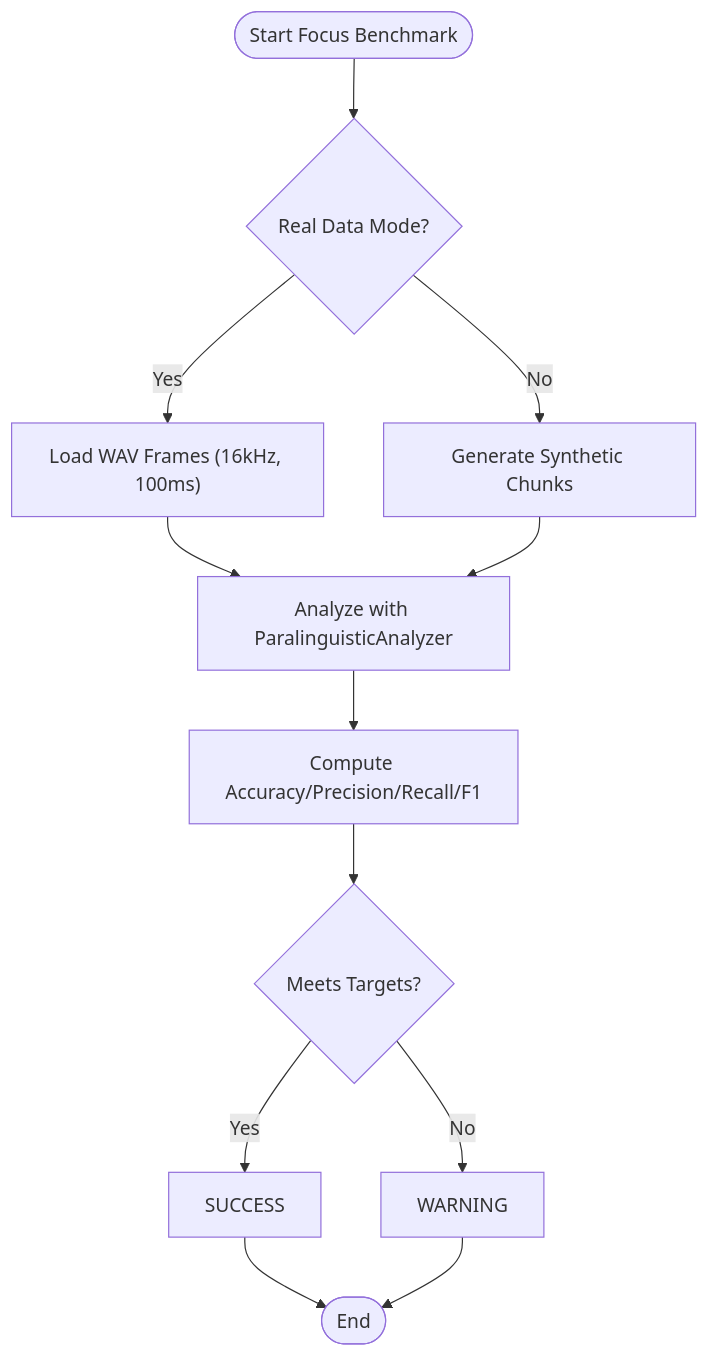
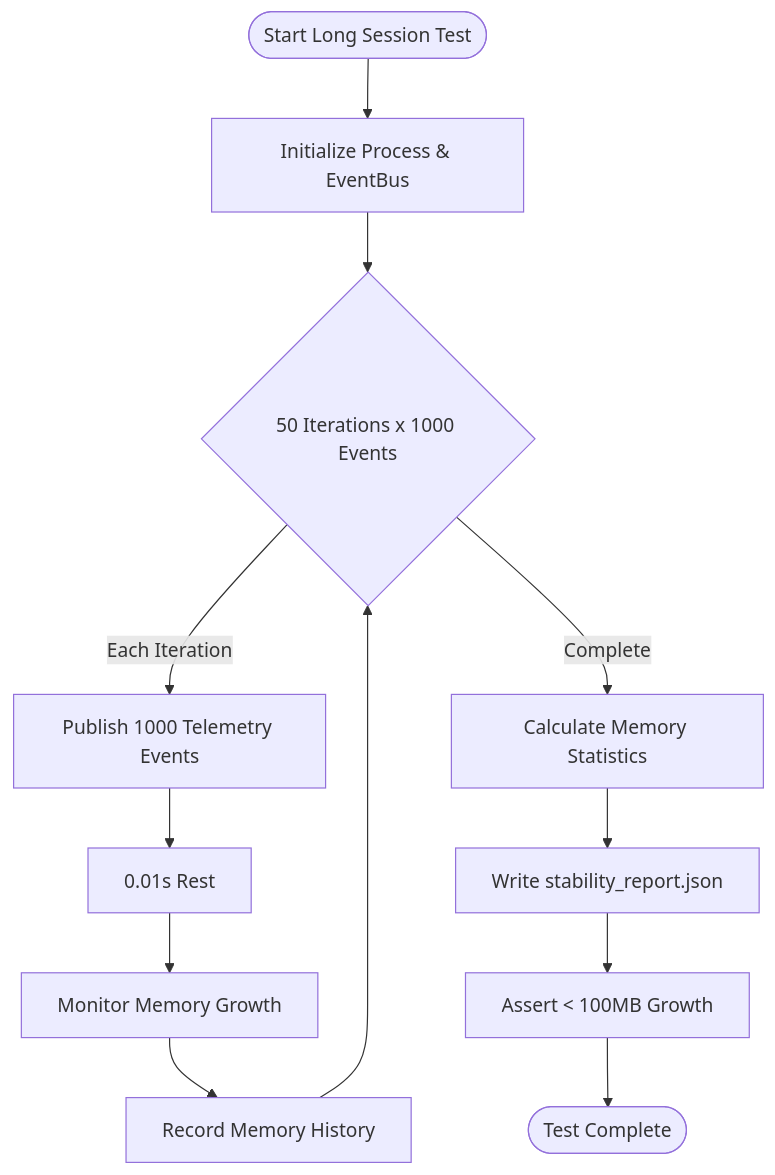
The fourth of 14 diagrams in .qoder/repowiki/en/content/Testing and Quality Assurance/Testing and Quality Assurance.md (Moeabdelaziz007/Aether-Voice-OS), drawn with Mermaid before and after one commit. The commit also changed other lines of this file and 29 other files, not shown here.

````diff
--- a/.qoder/repowiki/en/content/Testing and Quality Assurance/Testing and Quality Assurance.md
+++ b/.qoder/repowiki/en/content/Testing and Quality Assurance/Testing and Quality Assurance.md
@@ -256,14 +288,14 @@
 ```mermaid
 flowchart TD
-StartFD(["Start Focus Benchmark"]) --> Mode{"Real Data Mode?"}
-Mode --> |Yes| LoadReal["Load WAV Frames (16kHz, 100ms)"]
-Mode --> |No| GenSynth["Generate Synthetic Chunks"]
-LoadReal --> Analyze["Analyze with ParalinguisticAnalyzer"]
-GenSynth --> Analyze
-Analyze --> Metrics["Compute Accuracy/Precision/Recall/F1"]
-Metrics --> Thresholds{"Meets Targets?"}
-Thresholds --> |Yes| FD_Pass["SUCCESS"]
-Thresholds --> |No| FD_Warn["WARNING"]
-FD_Pass --> EndFD(["End"])
-FD_Warn --> EndFD
+StartLS(["Start Long Session Test"]) --> Init["Initialize Process & EventBus"]
+Init --> Loop{"50 Iterations x 1000 Events"}
+Loop --> |Each Iteration| Burst["Publish 1000 Telemetry Events"]
+Burst --> Sleep["0.01s Rest"]
+Sleep --> Monitor["Monitor Memory Growth"]
+Monitor --> History["Record Memory History"]
+History --> Loop
+Loop --> |Complete| Finalize["Calculate Memory Statistics"]
+Finalize --> Report["Write stability_report.json"]
+Report --> Assert["Assert < 100MB Growth"]
+Assert --> EndLS(["Test Complete"])
 ```
````
